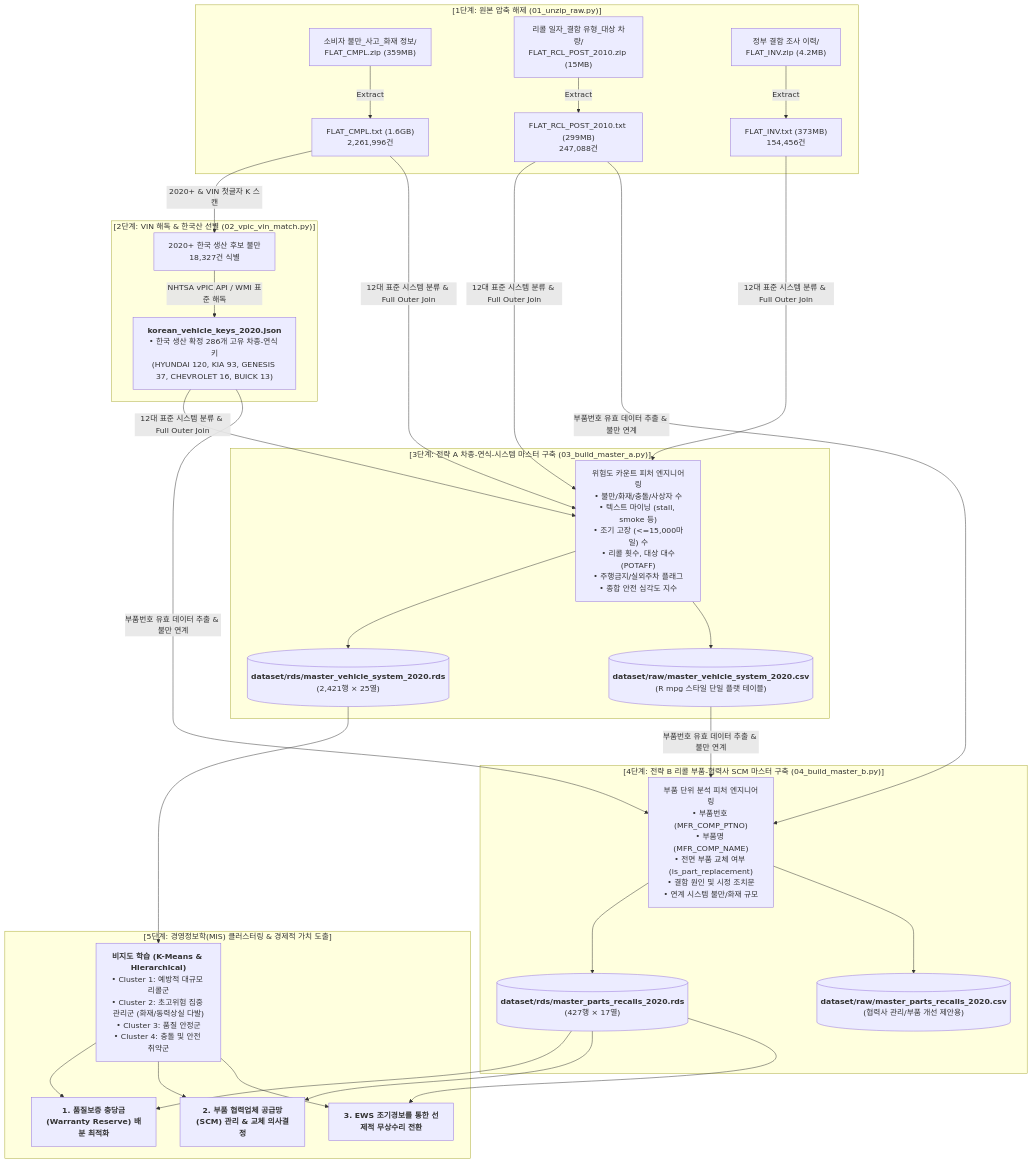
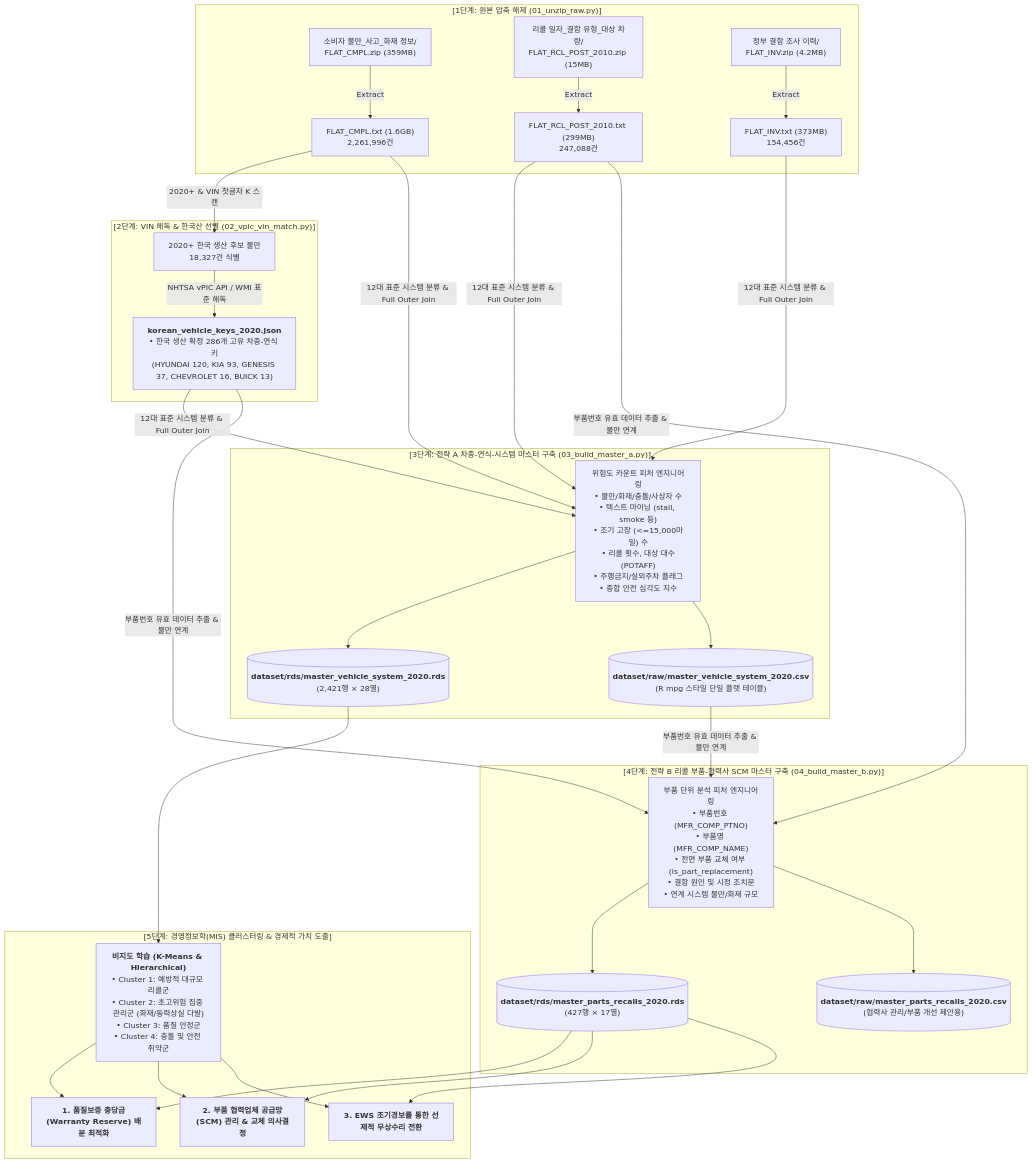
Before and after one commit to KGU-kmsb07/NHTSA-VIN-BIAproj: the diagram in README.md, drawn with Mermaid. The commit also changed other lines of this file and 1 other file, not shown here.

````diff
--- a/README.md
+++ b/README.md
@@ -13,32 +13,32 @@
 ```mermaid
 flowchart TD
     subgraph S1["[1단계: 원본 압축 해제 (01_unzip_raw.py)]"]
         Z1["소비자 불만_사고_화재 정보/<br>FLAT_CMPL.zip (359MB)"] -->|Extract| T1["FLAT_CMPL.txt (1.6GB)<br>2,261,996건"]
         Z2["리콜 일자_결함 유형_대상 차량/<br>FLAT_RCL_POST_2010.zip (15MB)"] -->|Extract| T2["FLAT_RCL_POST_2010.txt (299MB)<br>247,088건"]
         Z3["정부 결함 조사 이력/<br>FLAT_INV.zip (4.2MB)"] -->|Extract| T3["FLAT_INV.txt (373MB)<br>154,456건"]
     end
 
     subgraph S2["[2단계: VIN 해독 & 한국산 선별 (02_vpic_vin_match.py)]"]
         T1 -->|2020+ & VIN 첫글자 K 스캔| V1["2020+ 한국 생산 후보 불만<br>18,327건 식별"]
         V1 -->|NHTSA vPIC API / WMI 표준 해독| KOR_KEYS["<b>korean_vehicle_keys_2020.json</b><br>• 한국 생산 확정 286개 고유 차종-연식 키<br>(HYUNDAI 120, KIA 93, GENESIS 37, CHEVROLET 16, BUICK 13)"]
     end
 
     subgraph S3["[3단계: 전략 A 차종-연식-시스템 마스터 구축 (03_build_master_a.py)]"]
         T1 & T2 & T3 & KOR_KEYS -->|12대 표준 시스템 분류 & Full Outer Join| JOIN_A["위험도 카운트 피처 엔지니어링<br>• 불만/화재/충돌/사상자 수<br>• 텍스트 마이닝 (stall, smoke 등)<br>• 조기 고장 (<=15,000마일) 수<br>• 리콜 횟수, 대상 대수(POTAFF)<br>• 주행금지/실외주차 플래그<br>• 종합 안전 심각도 지수"]
-        JOIN_A --> OUT_A1[("<b>dataset/rds/master_vehicle_system_2020.rds</b><br>(2,421행 × 25열)")]
+        JOIN_A --> OUT_A1[("<b>dataset/rds/master_vehicle_system_2020.rds</b><br>(2,421행 × 28열)")]
         JOIN_A --> OUT_A2[("<b>dataset/raw/master_vehicle_system_2020.csv</b><br>(R mpg 스타일 단일 플랫 테이블)")]
     end
 
     subgraph S4["[4단계: 전략 B 리콜 부품-협력사 SCM 마스터 구축 (04_build_master_b.py)]"]
         T2 & KOR_KEYS & OUT_A2 -->|부품번호 유효 데이터 추출 & 불만 연계| JOIN_B["부품 단위 분석 피처 엔지니어링<br>• 부품번호 (MFR_COMP_PTNO)<br>• 부품명 (MFR_COMP_NAME)<br>• 전면 부품 교체 여부 (is_part_replacement)<br>• 결함 원인 및 시정 조치문<br>• 연계 시스템 불만/화재 규모"]
         JOIN_B --> OUT_B1[("<b>dataset/rds/master_parts_recalls_2020.rds</b><br>(427행 × 17열)")]
         JOIN_B --> OUT_B2[("<b>dataset/raw/master_parts_recalls_2020.csv</b><br>(협력사 관리/부품 개선 제안용)")]
     end
 
     subgraph S5["[5단계: 경영정보학(MIS) 클러스터링 & 경제적 가치 도출]"]
         OUT_A1 --> CLUST["<b>비지도 학습 (K-Means & Hierarchical)</b><br>• Cluster 1: 예방적 대규모 리콜군<br>• Cluster 2: 초고위험 집중 관리군 (화재/동력상실 다발)<br>• Cluster 3: 품질 안정군<br>• Cluster 4: 충돌 및 안전 취약군"]
         OUT_B1 & CLUST --> VAL1["<b>1. 품질보증 충당금(Warranty Reserve) 배분 최적화</b>"]
         OUT_B1 & CLUST --> VAL2["<b>2. 부품 협력업체 공급망(SCM) 관리 & 교체 의사결정</b>"]
         OUT_B1 & CLUST --> VAL3["<b>3. EWS 조기경보를 통한 선제적 무상수리 전환</b>"]
     end
 ```
````
